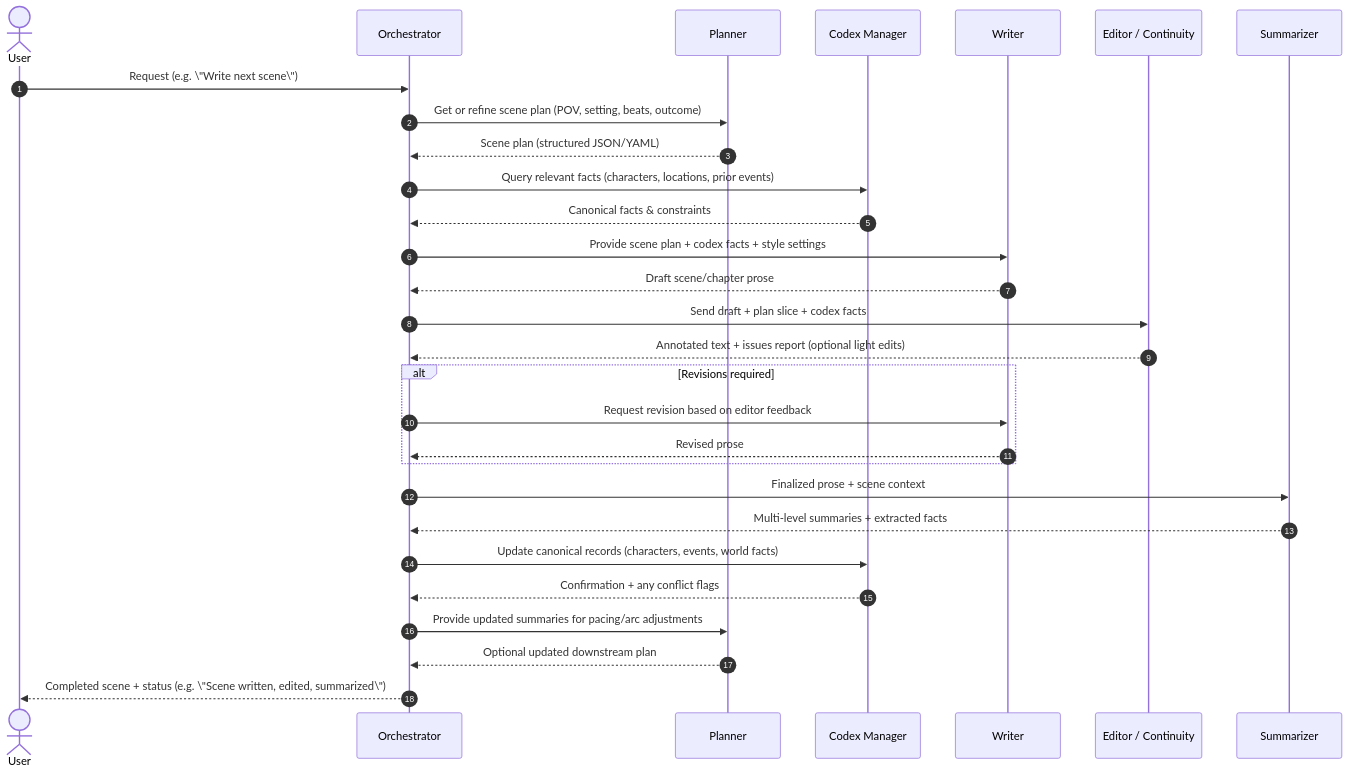
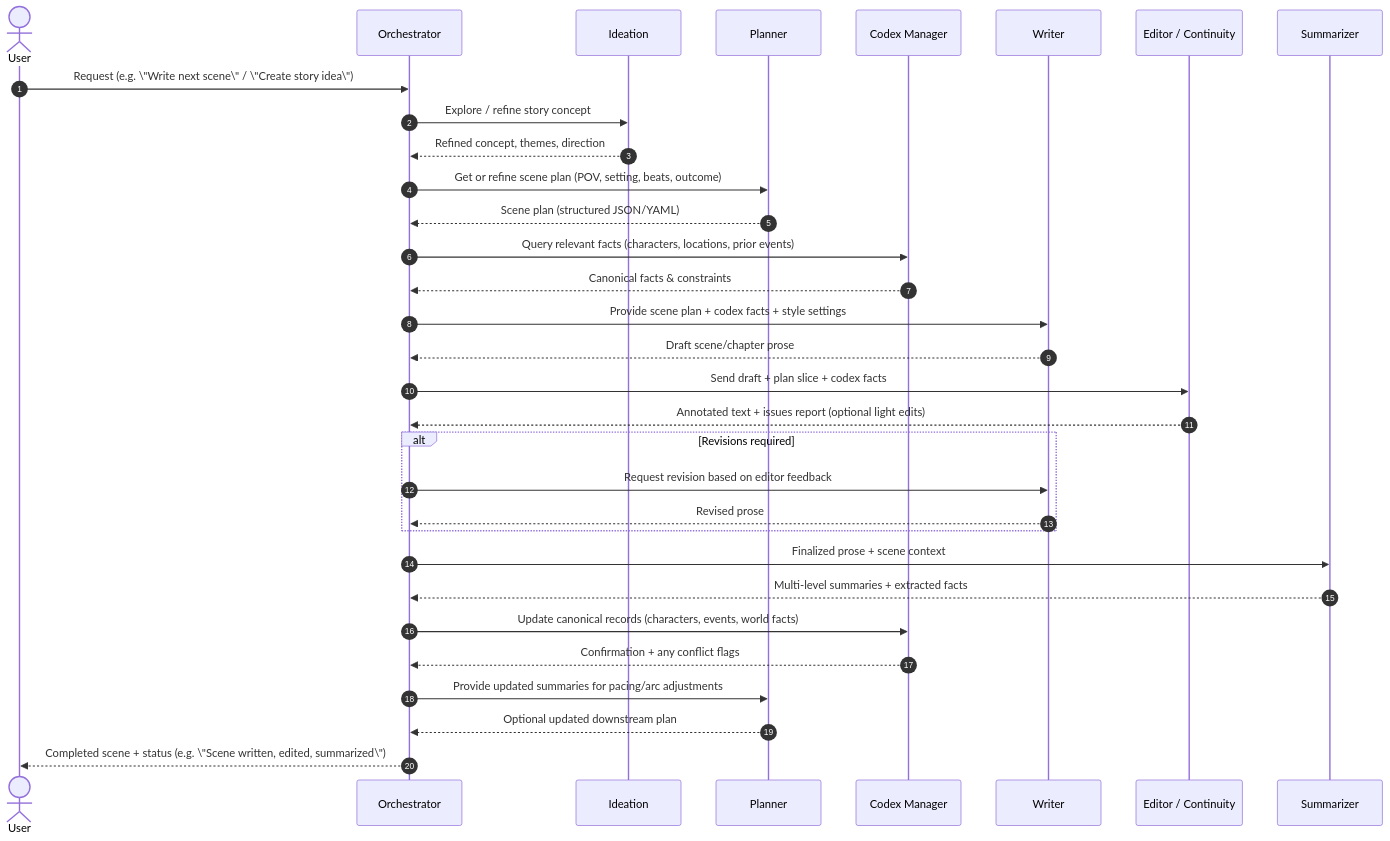
One commit to FrugalX/narrative-intelligence-engine changed the diagram in sequence-diagram.md. Above: the diagram before and after it, drawn with Mermaid. The commit also changed 7 other files, not shown here.

````diff
--- a/sequence-diagram.md
+++ b/sequence-diagram.md
@@ -3,50 +3,55 @@
 ```mermaid
 sequenceDiagram
     autonumber
     actor User
 
     participant OR as Orchestrator
+    participant ID as Ideation
     participant PL as Planner
     participant CM as Codex Manager
     participant WR as Writer
     participant ED as Editor / Continuity
     participant SU as Summarizer
 
     %% User initiates work
-    User->>OR: Request (e.g. \"Write next scene\")
+    User->>OR: Request (e.g. \"Write next scene\" / \"Create story idea\")
+
+    %% Optional ideation phase (early or on request)
+    OR->>ID: Explore / refine story concept
+    ID-->>OR: Refined concept, themes, direction
 
     %% Plan / refine scene
     OR->>PL: Get or refine scene plan (POV, setting, beats, outcome)
     PL-->>OR: Scene plan (structured JSON/YAML)
 
     %% Fetch world/context knowledge
     OR->>CM: Query relevant facts (characters, locations, prior events)
     CM-->>OR: Canonical facts & constraints
 
     %% Draft prose
     OR->>WR: Provide scene plan + codex facts + style settings
     WR-->>OR: Draft scene/chapter prose
 
     %% Edit / continuity check
     OR->>ED: Send draft + plan slice + codex facts
     ED-->>OR: Annotated text + issues report (optional light edits)
 
     alt Revisions required
         OR->>WR: Request revision based on editor feedback
         WR-->>OR: Revised prose
     end
 
     %% Summarize for memory
     OR->>SU: Finalized prose + scene context
     SU-->>OR: Multi-level summaries + extracted facts
 
     %% Update codex and planner
     OR->>CM: Update canonical records (characters, events, world facts)
     CM-->>OR: Confirmation + any conflict flags
 
     OR->>PL: Provide updated summaries for pacing/arc adjustments
     PL-->>OR: Optional updated downstream plan
 
     %% Report back to user
     OR-->>User: Completed scene + status (e.g. \"Scene written, edited, summarized\")
 ```
````
